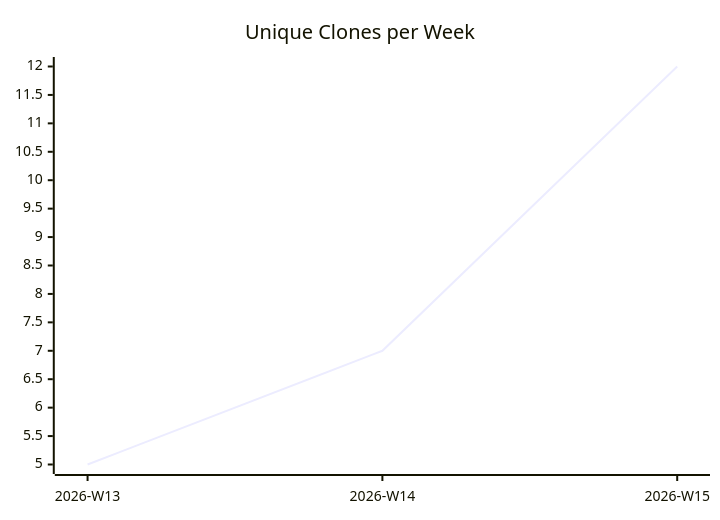
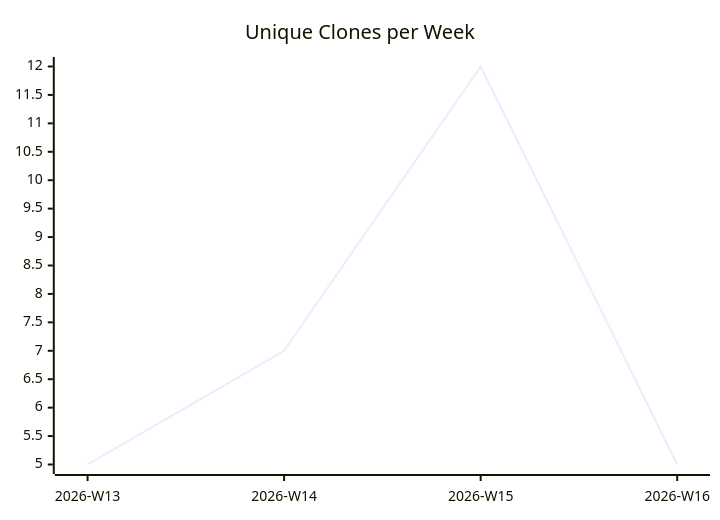
Before and after one commit to justdavis-family/github-analytics-data: the third of 3 diagrams in karlmdavis/fhir-benchmarks/README.md, drawn with Mermaid. The commit also changed other lines of this file and 173 other files, not shown here.

````diff
--- a/karlmdavis/fhir-benchmarks/README.md
+++ b/karlmdavis/fhir-benchmarks/README.md
@@ -19,6 +19,6 @@
 ```mermaid
 xychart-beta
   title "Unique Clones per Week"
-  x-axis ["2026-W13", "2026-W14", "2026-W15"]
-  line [5, 7, 12]
+  x-axis ["2026-W13", "2026-W14", "2026-W15", "2026-W16"]
+  line [5, 7, 12, 5]
 ```
````
